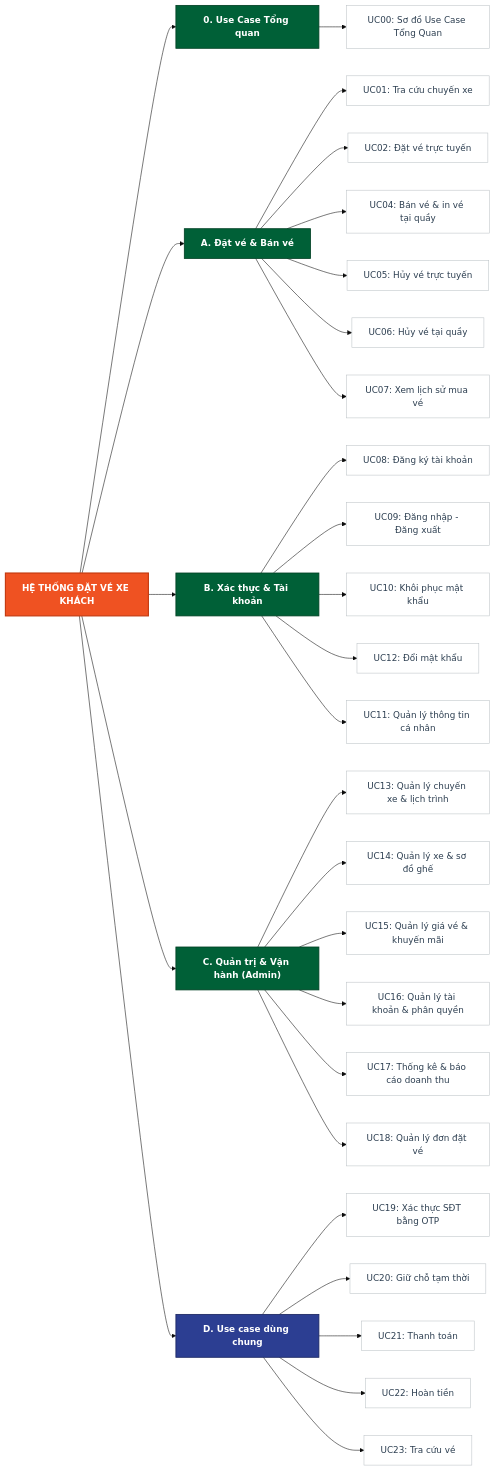
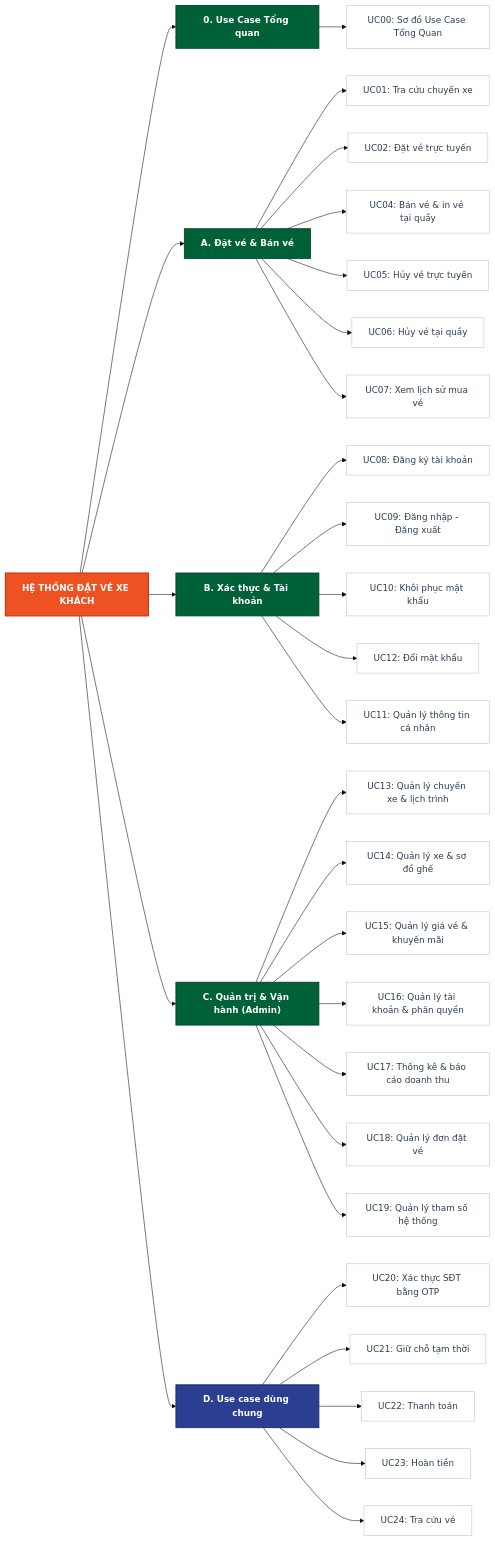
The diagram in docs/specs/DacTaUseCase.md (Longcodepro/Project_OOAD_HK1_2026-2027), drawn with Mermaid (base theme) before and after one commit. The commit also changed other lines of this file and 21 other files, not shown here.

First line of the commit message:
feat(docs): thêm UC19 quản lý tham số hệ thống và bù 3 bong bóng thiếu

````diff
--- a/docs/specs/DacTaUseCase.md
+++ b/docs/specs/DacTaUseCase.md
@@ -65,42 +66,43 @@
 ```mermaid
 flowchart LR
     classDef rootStyle fill:#EF5222,stroke:#C2380E,stroke-width:2px,color:#ffffff,font-weight:bold;
     classDef groupStyle fill:#006037,stroke:#004024,stroke-width:1.5px,color:#ffffff,font-weight:bold;
     classDef sharedStyle fill:#2C3E92,stroke:#1A2560,stroke-width:1.5px,color:#ffffff,font-weight:bold;
     classDef ucStyle fill:#FFFFFF,stroke:#BDC3C7,stroke-width:1px,color:#2C3E50;
 
     Root["HỆ THỐNG ĐẶT VÉ XE KHÁCH"]:::rootStyle
 
     Root --> G0["0. Use Case Tổng quan"]:::groupStyle
     G0 --> UC00["UC00: Sơ đồ Use Case Tổng Quan"]:::ucStyle
 
     Root --> GA["A. Đặt vé & Bán vé"]:::groupStyle
     GA --> UC01["UC01: Tra cứu chuyến xe"]:::ucStyle
     GA --> UC02["UC02: Đặt vé trực tuyến"]:::ucStyle
     GA --> UC04["UC04: Bán vé & in vé tại quầy"]:::ucStyle
     GA --> UC05["UC05: Hủy vé trực tuyến"]:::ucStyle
     GA --> UC06["UC06: Hủy vé tại quầy"]:::ucStyle
     GA --> UC07["UC07: Xem lịch sử mua vé"]:::ucStyle
 
     Root --> GB["B. Xác thực & Tài khoản"]:::groupStyle
     GB --> UC08["UC08: Đăng ký tài khoản"]:::ucStyle
     GB --> UC09["UC09: Đăng nhập - Đăng xuất"]:::ucStyle
     GB --> UC10["UC10: Khôi phục mật khẩu"]:::ucStyle
     GB --> UC12["UC12: Đổi mật khẩu"]:::ucStyle
     GB --> UC11["UC11: Quản lý thông tin cá nhân"]:::ucStyle
 
     Root --> GC["C. Quản trị & Vận hành (Admin)"]:::groupStyle
     GC --> UC13["UC13: Quản lý chuyến xe & lịch trình"]:::ucStyle
     GC --> UC14["UC14: Quản lý xe & sơ đồ ghế"]:::ucStyle
     GC --> UC15["UC15: Quản lý giá vé & khuyến mãi"]:::ucStyle
     GC --> UC16["UC16: Quản lý tài khoản & phân quyền"]:::ucStyle
     GC --> UC17["UC17: Thống kê & báo cáo doanh thu"]:::ucStyle
     GC --> UC18["UC18: Quản lý đơn đặt vé"]:::ucStyle
+    GC --> UC19["UC19: Quản lý tham số hệ thống"]:::ucStyle
 
     Root --> GD["D. Use case dùng chung"]:::sharedStyle
-    GD --> UC19["UC19: Xác thực SĐT bằng OTP"]:::ucStyle
-    GD --> UC20["UC20: Giữ chỗ tạm thời"]:::ucStyle
-    GD --> UC21["UC21: Thanh toán"]:::ucStyle
-    GD --> UC22["UC22: Hoàn tiền"]:::ucStyle
-    GD --> UC23["UC23: Tra cứu vé"]:::ucStyle
+    GD --> UC20["UC20: Xác thực SĐT bằng OTP"]:::ucStyle
+    GD --> UC21["UC21: Giữ chỗ tạm thời"]:::ucStyle
+    GD --> UC22["UC22: Thanh toán"]:::ucStyle
+    GD --> UC23["UC23: Hoàn tiền"]:::ucStyle
+    GD --> UC24["UC24: Tra cứu vé"]:::ucStyle
 ```
````
